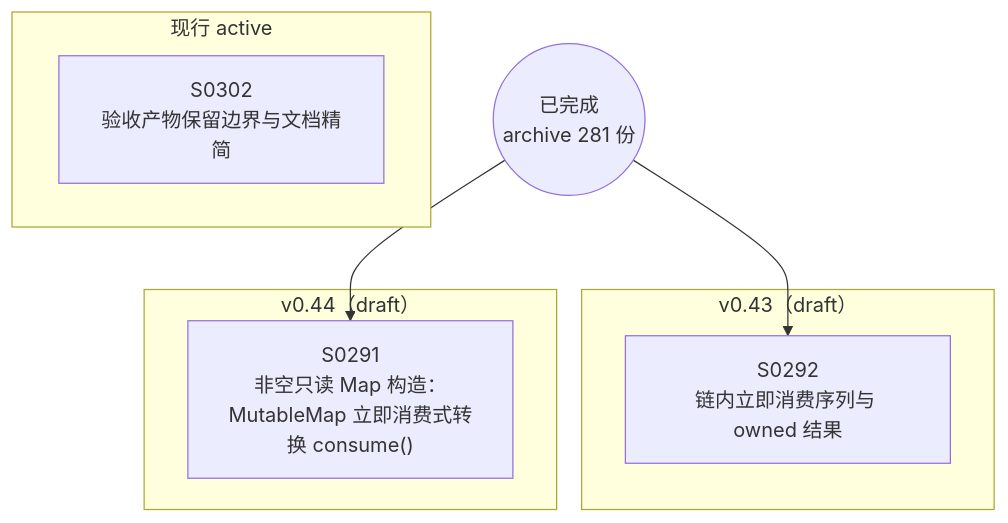
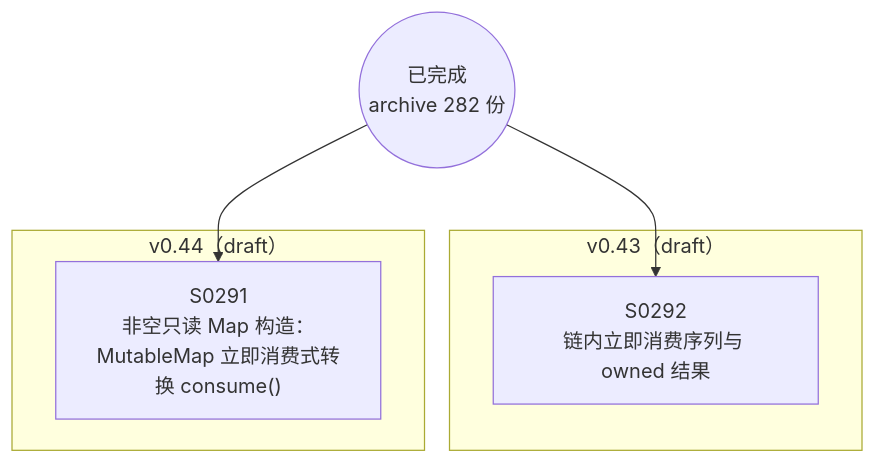
The diagram in docs/specs/dependency-graph.md (Halckon/Koven), drawn with Mermaid before and after one commit. The commit also changed other lines of this file and 9 other files, not shown here.

````diff
--- a/docs/specs/dependency-graph.md
+++ b/docs/specs/dependency-graph.md
@@ -9,15 +9,12 @@
 ```mermaid
 flowchart TD
-ARCH(("已完成<br/>archive 281 份"))
-subgraph Gactive["现行 active"]
-  S0302["S0302<br/>验收产物保留边界与文档精简"]
-end
+ARCH(("已完成<br/>archive 282 份"))
 subgraph Gdrafts_v043["v0.43（draft）"]
   S0292["S0292<br/>链内立即消费序列与 owned 结果"]
 end
 subgraph Gdrafts_v044["v0.44（draft）"]
   S0291["S0291<br/>非空只读 Map 构造：MutableMap 立即消费式转换 consume()"]
 end
 ARCH --> S0291
 ARCH --> S0292
 ```
````
